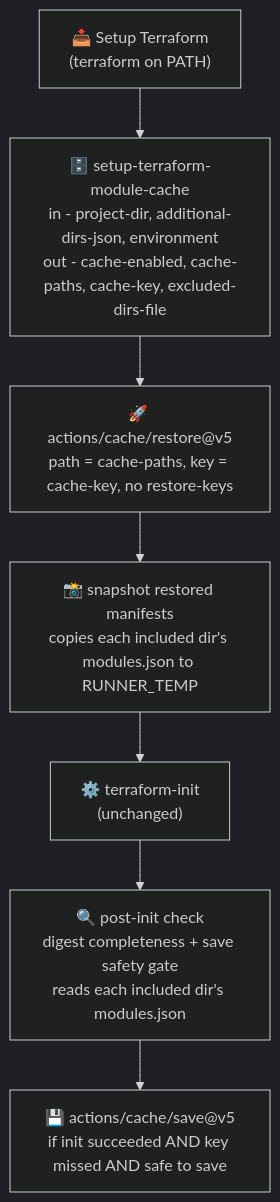
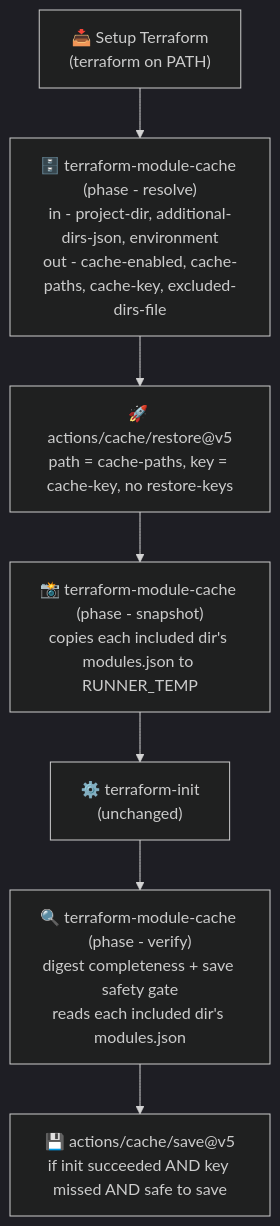
Before and after one commit to dsb-norge/github-actions-terraform: the diagram in docs/Terraform-module-cache.md, drawn with Mermaid (dark theme). The commit also changed other lines of this file, not shown here.

````diff
--- a/docs/Terraform-module-cache.md
+++ b/docs/Terraform-module-cache.md
@@ -208,12 +212,12 @@
 ```mermaid
 flowchart TD
     setup["📥 Setup Terraform<br>(terraform on PATH)"]
-    resolve["🗄️ setup-terraform-module-cache<br>in - project-dir, additional-dirs-json, environment<br>out - cache-enabled, cache-paths, cache-key, excluded-dirs-file"]
+    resolve["🗄️ terraform-module-cache (phase - resolve)<br>in - project-dir, additional-dirs-json, environment<br>out - cache-enabled, cache-paths, cache-key, excluded-dirs-file"]
     restore["🚀 actions/cache/restore@v5<br>path = cache-paths, key = cache-key, no restore-keys"]
-    snap["📸 snapshot restored manifests<br>copies each included dir's modules.json to RUNNER_TEMP"]
+    snap["📸 terraform-module-cache (phase - snapshot)<br>copies each included dir's modules.json to RUNNER_TEMP"]
     init["⚙️ terraform-init<br>(unchanged)"]
-    verify["🔍 post-init check<br>digest completeness + save safety gate<br>reads each included dir's modules.json"]
+    verify["🔍 terraform-module-cache (phase - verify)<br>digest completeness + save safety gate<br>reads each included dir's modules.json"]
     save["💾 actions/cache/save@v5<br>if init succeeded AND key missed AND safe to save"]
 
     setup --> resolve --> restore --> snap --> init --> verify --> save
 ```
````
